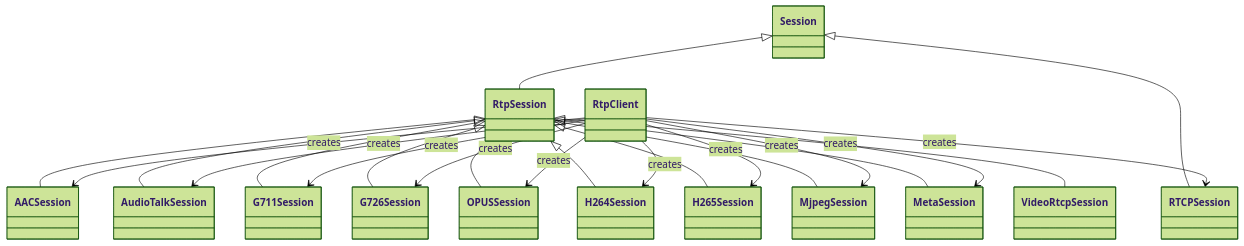
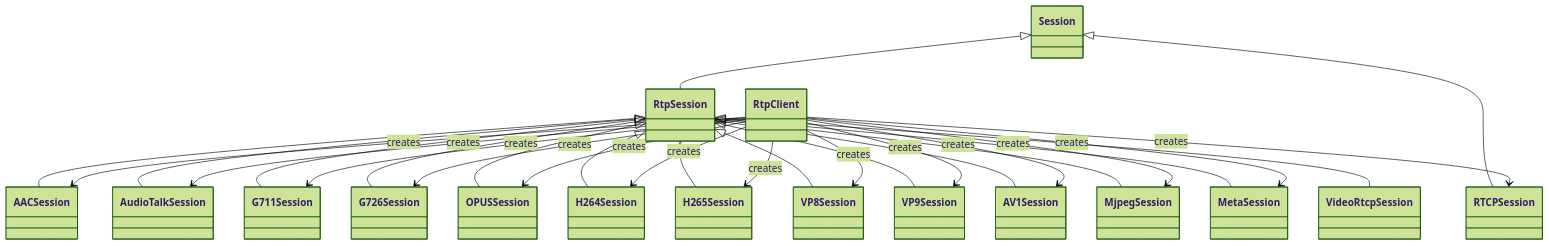
One commit to melchi45/rtsp-over-websocket changed the third of 11 diagrams in src/player/README.md. Above: the diagram before and after it, drawn with Mermaid (forest theme). The commit also changed 53 other files, not shown here.

````diff
--- a/src/player/README.md
+++ b/src/player/README.md
@@ -117,32 +117,38 @@
 ```mermaid
 classDiagram
     class Session
     class RtpSession
     class RTCPSession
     class RtpClient
 
     Session <|-- RtpSession
     Session <|-- RTCPSession
 
     RtpSession <|-- AACSession
     RtpSession <|-- AudioTalkSession
     RtpSession <|-- G711Session
     RtpSession <|-- G726Session
     RtpSession <|-- OPUSSession
     RtpSession <|-- H264Session
     RtpSession <|-- H265Session
+    RtpSession <|-- VP8Session
+    RtpSession <|-- VP9Session
+    RtpSession <|-- AV1Session
     RtpSession <|-- MjpegSession
     RtpSession <|-- MetaSession
     RtpSession <|-- VideoRtcpSession
 
     RtpClient --> RTCPSession : creates
     RtpClient --> H264Session : creates
     RtpClient --> H265Session : creates
+    RtpClient --> VP8Session : creates
+    RtpClient --> VP9Session : creates
+    RtpClient --> AV1Session : creates
     RtpClient --> MjpegSession : creates
     RtpClient --> AudioTalkSession : creates
     RtpClient --> G711Session : creates
     RtpClient --> G726Session : creates
     RtpClient --> OPUSSession : creates
     RtpClient --> AACSession : creates
     RtpClient --> MetaSession : creates
 ```
````
